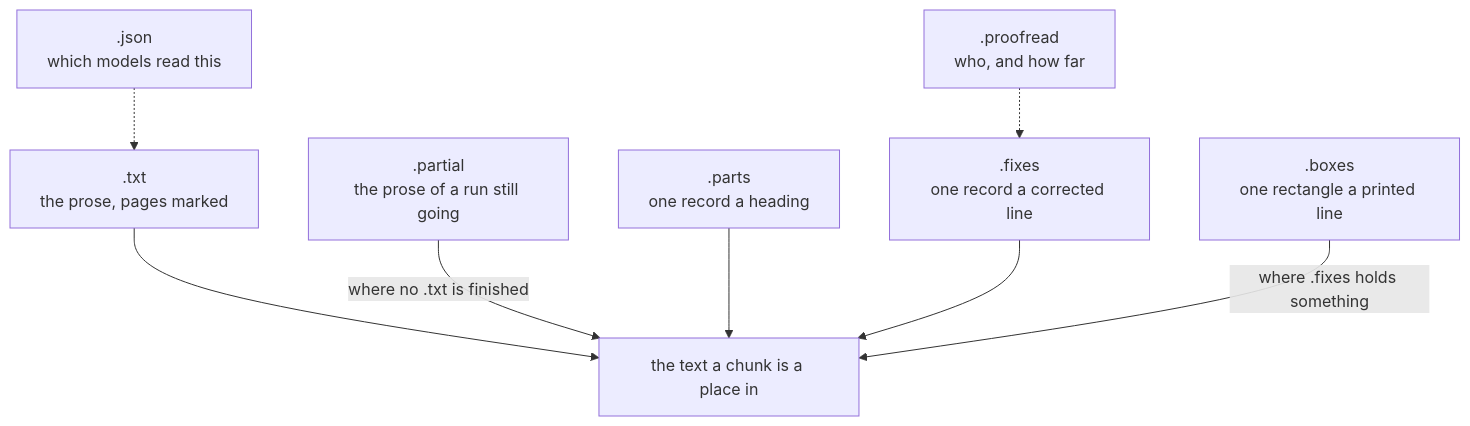
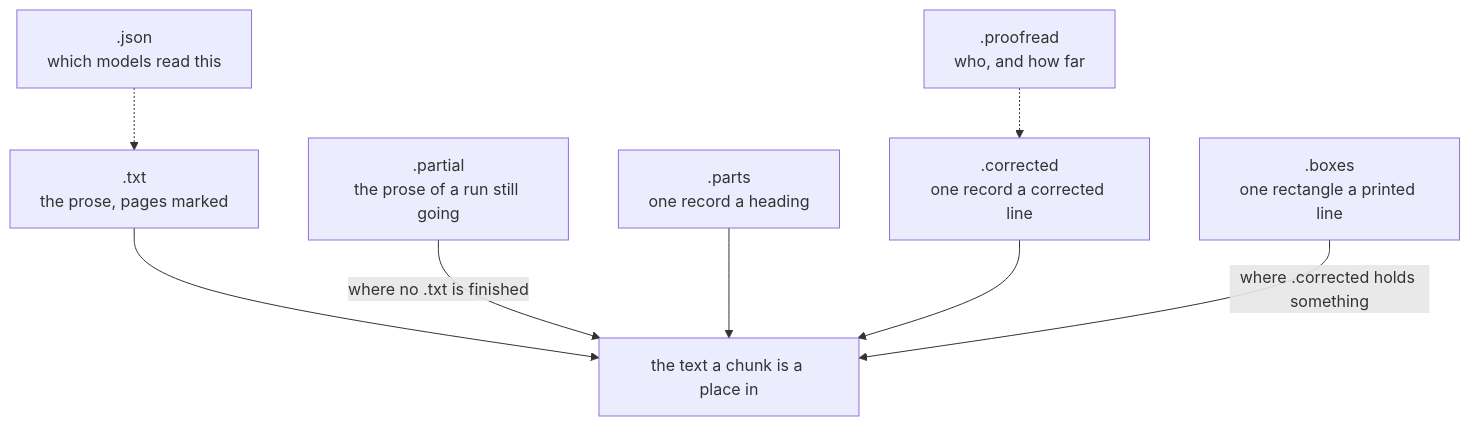
One commit to jiva-studio/numen changed the diagram in docs/reading.md. Above: the diagram before and after it, drawn with Mermaid. The commit also changed other lines of this file and 29 other files, not shown here.

````diff
--- a/docs/reading.md
+++ b/docs/reading.md
@@ -23,19 +23,19 @@
 ```mermaid
 graph TD
     TXT[".txt<br/>the prose, pages marked"]
     PARTIAL[".partial<br/>the prose of a run still going"]
     PARTS[".parts<br/>one record a heading"]
-    FIXES[".fixes<br/>one record a corrected line"]
+    FIXES[".corrected<br/>one record a corrected line"]
     BOXES[".boxes<br/>one rectangle a printed line"]
     STANDING[".proofread<br/>who, and how far"]
     BESIDE[".json<br/>which models read this"]
     TEXT["the text a chunk is a place in"]
 
     TXT --> TEXT
     PARTIAL -->|"where no .txt is finished"| TEXT
     PARTS --> TEXT
     FIXES --> TEXT
-    BOXES -->|"where .fixes holds something"| TEXT
+    BOXES -->|"where .corrected holds something"| TEXT
     STANDING -.-> FIXES
     BESIDE -.-> TXT
 ```
````
